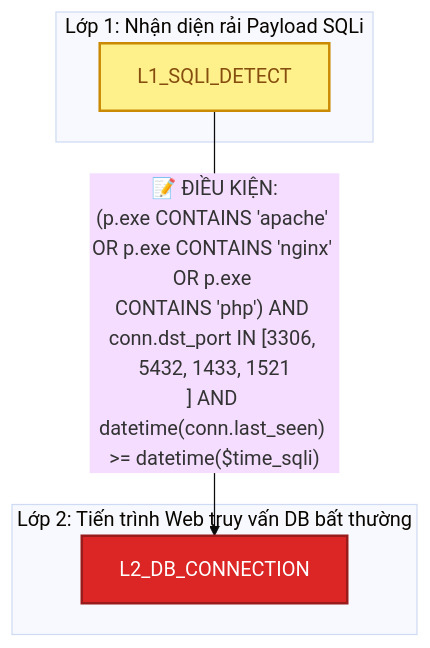
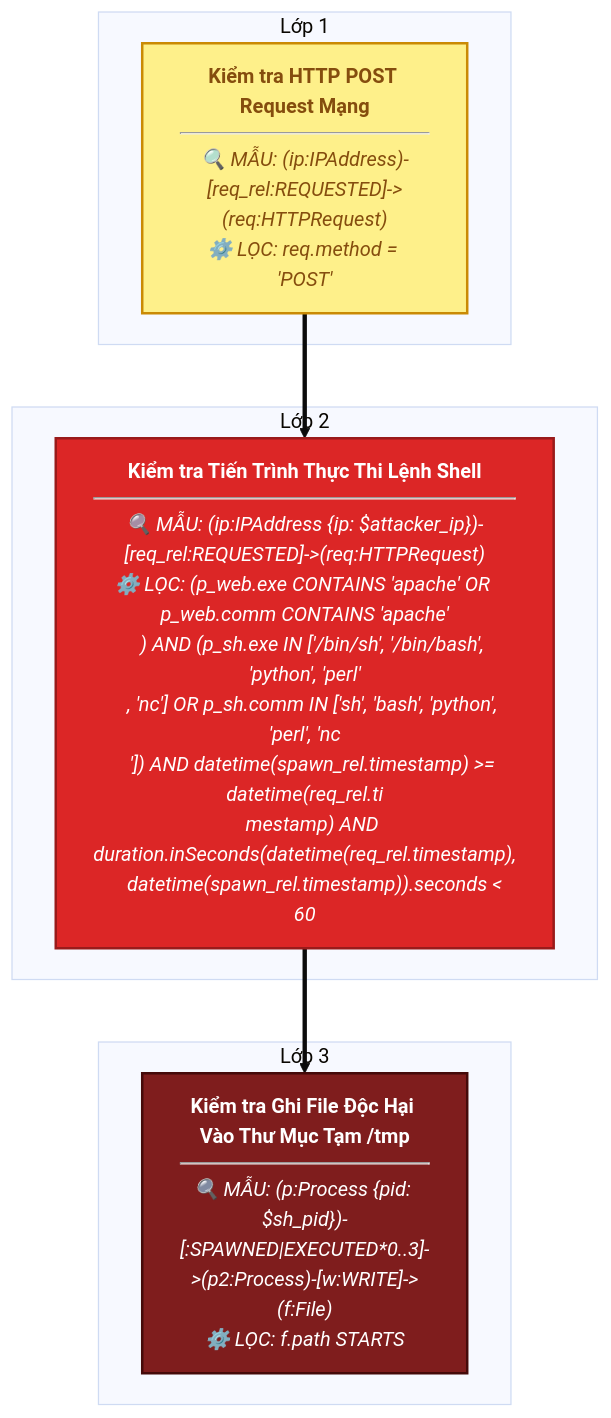
Before and after one commit to ttm62/bug-free-doodle: diagram 11 of 14 in all_rules/README.md, drawn with Mermaid (base theme). The commit also changed other lines of this file and 31 other files, not shown here.

````diff
--- a/all_rules/README.md
+++ b/all_rules/README.md
@@ -253,15 +186,19 @@
 ```mermaid
 graph TD
     classDef low fill:#fef08a,stroke:#ca8a04,stroke-width:2px,color:#854d0e;
     classDef medium fill:#f97316,stroke:#c2410c,stroke-width:2px,color:#fff;
     classDef high fill:#dc2626,stroke:#991b1b,stroke-width:2px,color:#fff;
     classDef critical fill:#7f1d1d,stroke:#450a0a,stroke-width:2px,color:#fff;
 
-    subgraph Layer1 ["Lớp 1: Nhận diện rải Payload SQLi"]
-        L1_SQLI_DETECT["L1_SQLI_DETECT"]:::low
+    subgraph Layer_L1_WEB_POST ["Lớp 1"]
+        L1_WEB_POST["<b>Kiểm tra HTTP POST Request Mạng</b><br/><hr/><i>🔍 MẪU: (ip:IPAddress)-[req_rel:REQUESTED]->(req:HTTPRequest)<br/>⚙️ LỌC: req.method = 'POST'</i>"]:::low
     end
-    subgraph Layer2 ["Lớp 2: Tiến trình Web truy vấn DB bất thường"]
-        L2_DB_CONNECTION["L2_DB_CONNECTION"]:::high
+    subgraph Layer_L2_CMD_EXECUTION ["Lớp 2"]
+        L2_CMD_EXECUTION["<b>Kiểm tra Tiến Trình Thực Thi Lệnh Shell</b><br/><hr/><i>🔍 MẪU: (ip:IPAddress {ip: $attacker_ip})-[req_rel:REQUESTED]->(req:HTTPRequest)<br/>⚙️ LỌC: (p_web.exe CONTAINS 'apache' OR p_web.comm CONTAINS 'apache'<br/>&nbsp;&nbsp;&nbsp;&nbsp;) AND (p_sh.exe IN ['/bin/sh', '/bin/bash', 'python', 'perl'<br/>&nbsp;&nbsp;&nbsp;&nbsp;, 'nc'] OR p_sh.comm IN ['sh', 'bash', 'python', 'perl', 'nc<br/>&nbsp;&nbsp;&nbsp;&nbsp;']) AND datetime(spawn_rel.timestamp) >= datetime(req_rel.ti<br/>&nbsp;&nbsp;&nbsp;&nbsp;mestamp) AND duration.inSeconds(datetime(req_rel.timestamp),<br/>&nbsp;&nbsp;&nbsp;&nbsp; datetime(spawn_rel.timestamp)).seconds < 60</i>"]:::high
     end
-    L1_SQLI_DETECT -->|"📝 ĐIỀU KIỆN:<br/>(p.exe CONTAINS 'apache' OR p.exe CONTAINS 'nginx' OR p.exe <br/>CONTAINS 'php') AND conn.dst_port IN [3306, 5432, 1433, 1521<br/>] AND datetime(conn.last_seen) >= datetime($time_sqli)"| L2_DB_CONNECTION
+    L1_WEB_POST ==> L2_CMD_EXECUTION
+    subgraph Layer_L3_TMP_FILE_DROP ["Lớp 3"]
+        L3_TMP_FILE_DROP["<b>Kiểm tra Ghi File Độc Hại Vào Thư Mục Tạm /tmp</b><br/><hr/><i>🔍 MẪU: (p:Process {pid: $sh_pid})-[:SPAWNED|EXECUTED*0..3]->(p2:Process)-[w:WRITE]->(f:File)<br/>⚙️ LỌC: f.path STARTS</i>"]:::critical
+    end
+    L2_CMD_EXECUTION ==> L3_TMP_FILE_DROP
 ```
````
